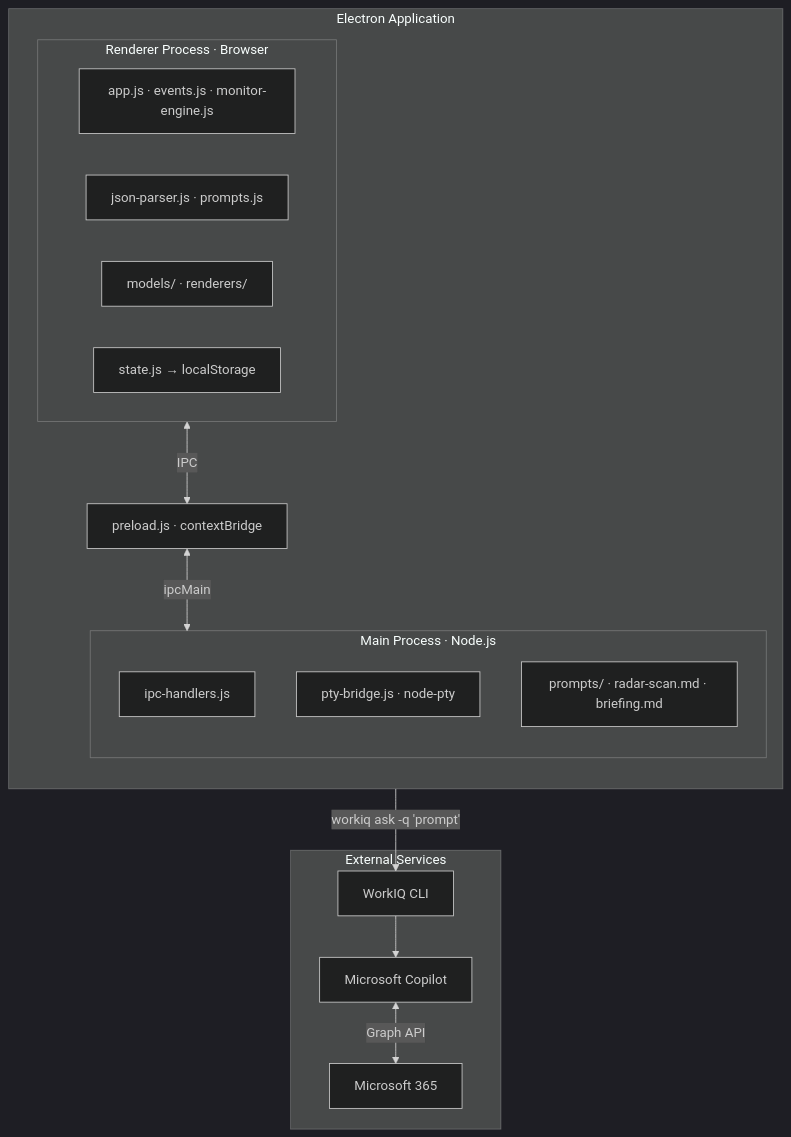
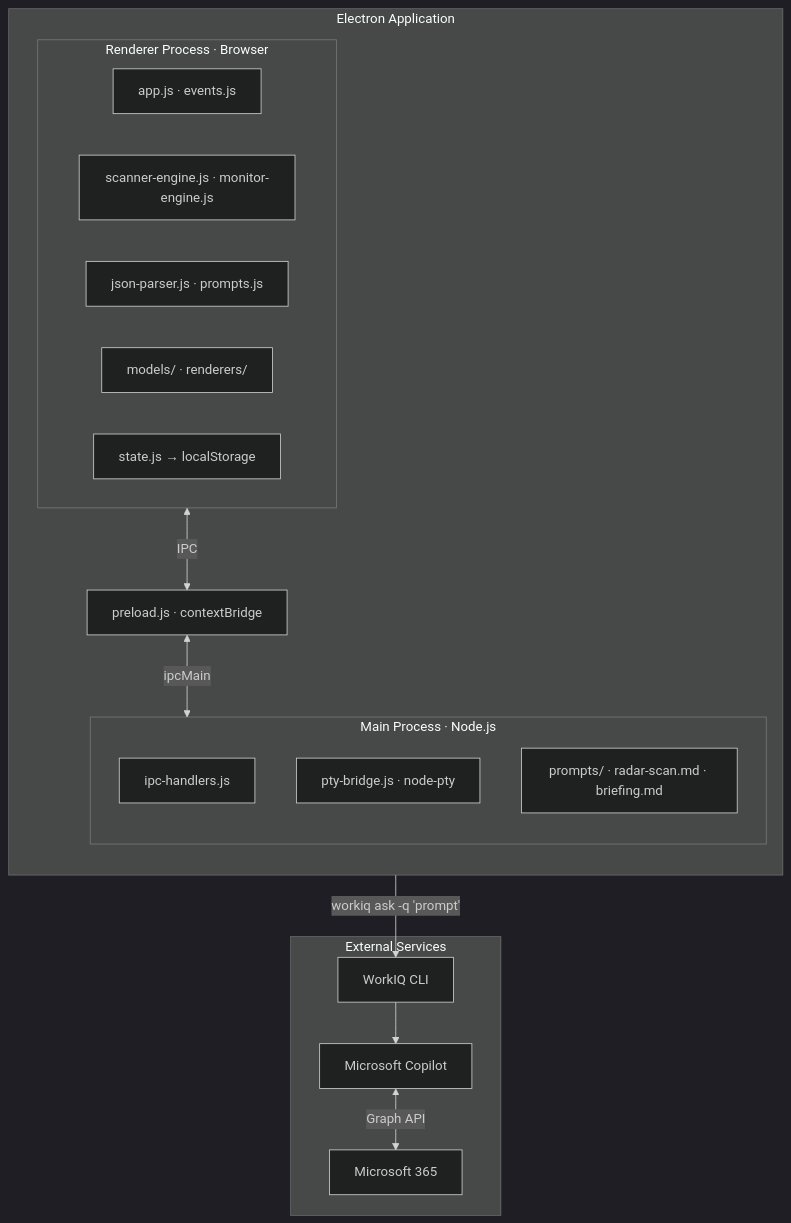
Before and after one commit to kpoineal/FlightDeck: the diagram in README.md, drawn with Mermaid (dark theme). The commit also changed other lines of this file and 3 other files, not shown here.

````diff
--- a/README.md
+++ b/README.md
@@ -266,28 +280,29 @@
 ```mermaid
 graph TB
     subgraph Electron["Electron Application"]
         direction TB
         subgraph Renderer["Renderer Process · Browser"]
-            App["app.js · events.js · monitor-engine.js"]
+            App["app.js · events.js"]
+            Engines["scanner-engine.js · monitor-engine.js"]
             Parser["json-parser.js · prompts.js"]
             Models["models/ · renderers/"]
             State["state.js → localStorage"]
         end
         Preload["preload.js · contextBridge"]
         subgraph Main["Main Process · Node.js"]
             IPC["ipc-handlers.js"]
             PTY["pty-bridge.js · node-pty"]
             PromptFiles["prompts/ · radar-scan.md · briefing.md"]
         end
     end
     subgraph External["External Services"]
         WorkIQ["WorkIQ CLI"]
         Copilot["Microsoft Copilot"]
         M365["Microsoft 365"]
     end
     Renderer <-->|"IPC"| Preload
     Preload <-->|"ipcMain"| Main
     PTY -->|"workiq ask -q 'prompt'"| WorkIQ
     WorkIQ --> Copilot
     Copilot <-->|"Graph API"| M365
 ```
````
